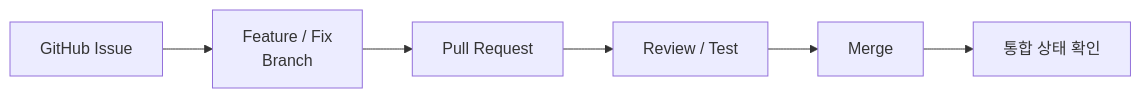
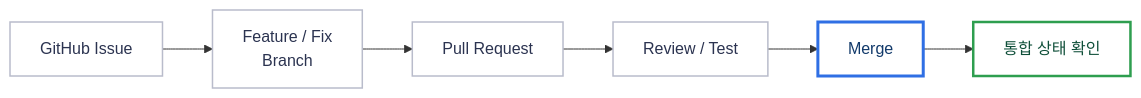
The first of 10 diagrams in README.md (SKNETWORKS-FAMILY-AICAMP/SKN34-3rd-4Team), drawn with Mermaid before and after one commit. The commit also changed other lines of this file and 2 other files, not shown here.

Commit message:
docs: 이용안내·회사 프로필 캡처 추가, Mermaid 색 팔레트 통일

````diff
--- a/README.md
+++ b/README.md
@@ -112,8 +112,19 @@
 ```mermaid
 flowchart LR
     A["GitHub Issue"] --> B["Feature / Fix<br/>Branch"]
     B --> C["Pull Request"]
     C --> D["Review / Test"]
     D --> E["Merge"]
     E --> F["통합 상태 확인"]
+
+    classDef core  fill:none,stroke:#2F6FE4,stroke-width:3px,color:#123A6B
+    classDef llm   fill:none,stroke:#DD7B2B,stroke-width:3px,color:#6B4A00
+    classDef safe  fill:none,stroke:#2E9E4F,stroke-width:2.5px,color:#0F4F39
+    classDef src   fill:none,stroke:#8792B5,stroke-width:2px,color:#2B3350
+    classDef plain fill:none,stroke:#B9BCCB,stroke-width:1.5px,color:#2B3350
+    classDef zone  fill:none,stroke:#C9CFDC,stroke-width:1px,color:#5C6270
+
+    class A,B,C,D plain
+    class E core
+    class F safe
 ```
````
